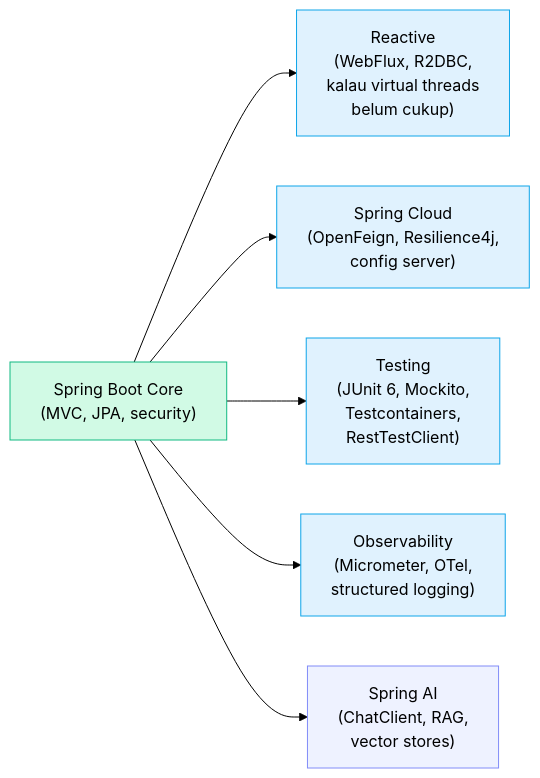
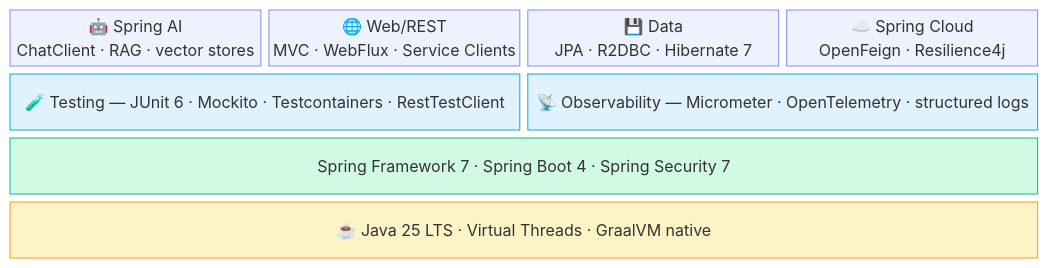
The third of 5 diagrams in src/content/blog/java-roadmap-ai-era/id.md (hanafifirman11/hanafifirman11.github.io), drawn with Mermaid (forest theme) before and after one commit. The commit also changed other lines of this file and 1 other file, not shown here.

First line of the commit message:
feat(java-roadmap): switch diagrams to more creative mermaid types

````diff
--- a/src/content/blog/java-roadmap-ai-era/id.md
+++ b/src/content/blog/java-roadmap-ai-era/id.md
@@ -126,22 +162,25 @@
 ```mermaid
-flowchart LR
-    Core["Spring Boot Core<br/>(MVC, JPA, security)"]
-    Reactive["Reactive<br/>(WebFlux, R2DBC,<br/>kalau virtual threads<br/>belum cukup)"]
-    Cloud["Spring Cloud<br/>(OpenFeign, Resilience4j,<br/>config server)"]
-    Test["Testing<br/>(JUnit 6, Mockito,<br/>Testcontainers,<br/>RestTestClient)"]
-    Obs["Observability<br/>(Micrometer, OTel,<br/>structured logging)"]
-    AI["Spring AI<br/>(ChatClient, RAG,<br/>vector stores)"]
+block-beta
+  columns 4
 
-    Core --> Reactive
-    Core --> Cloud
-    Core --> Test
-    Core --> Obs
-    Core --> AI
+  AI["🤖 Spring AI<br/>ChatClient · RAG · vector stores"]:1
+  Web["🌐 Web/REST<br/>MVC · WebFlux · Service Clients"]:1
+  Data["💾 Data<br/>JPA · R2DBC · Hibernate 7"]:1
+  Cloud["☁️ Spring Cloud<br/>OpenFeign · Resilience4j"]:1
 
-    classDef core stroke:#10b981,fill:#d1fae5,color:#000
-    classDef adv stroke:#0ea5e9,fill:#e0f2fe,color:#000
-    classDef ai stroke:#818cf8,fill:#eef2ff,color:#000
-    class Core core
-    class Reactive,Cloud,Test,Obs adv
-    class AI ai
+  Test["🧪 Testing — JUnit 6 · Mockito · Testcontainers · RestTestClient"]:2
+  Obs["📡 Observability — Micrometer · OpenTelemetry · structured logs"]:2
+
+  Framework["Spring Framework 7 · Spring Boot 4 · Spring Security 7"]:4
+
+  JVM["☕ Java 25 LTS · Virtual Threads · GraalVM native"]:4
+
+  classDef apps stroke:#818cf8,fill:#eef2ff,color:#000
+  classDef shared stroke:#0ea5e9,fill:#e0f2fe,color:#000
+  classDef base stroke:#10b981,fill:#d1fae5,color:#000
+  classDef jvm stroke:#f59e0b,fill:#fef3c7,color:#000
+  class AI,Web,Data,Cloud apps
+  class Test,Obs shared
+  class Framework base
+  class JVM jvm
 ```
````
